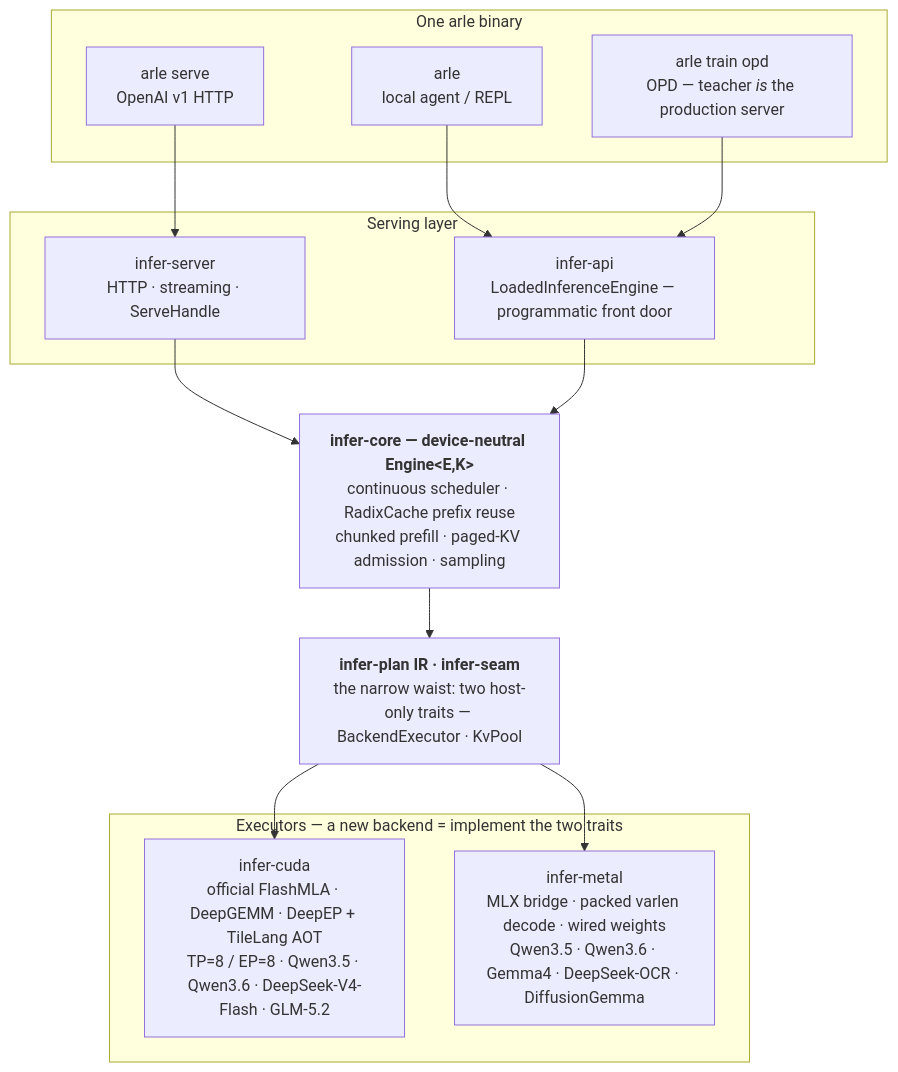
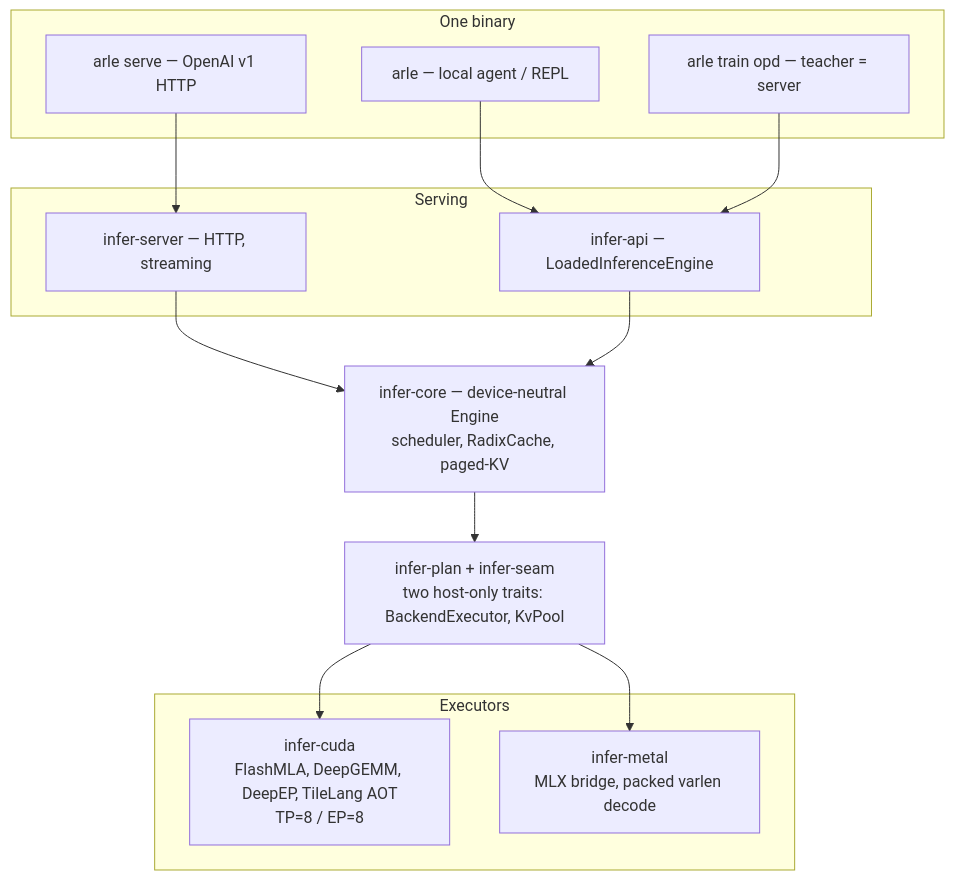
Before and after one commit to acupof-ai/arle: the diagram in README.md, drawn with Mermaid. The commit also changed other lines of this file, not shown here.

````diff
--- a/README.md
+++ b/README.md
@@ -131,31 +147,30 @@
 ```mermaid
 flowchart TB
-  subgraph Surfaces["One arle binary"]
-    Serve["arle serve<br/>OpenAI v1 HTTP"]
-    Agent["arle<br/>local agent / REPL"]
-    Train["arle train opd<br/>OPD — teacher <i>is</i> the production server"]
+  subgraph One binary
+    Serve["arle serve — OpenAI v1 HTTP"]
+    Agent["arle — local agent / REPL"]
+    Train["arle train opd — teacher = server"]
   end
 
-  subgraph Serving["Serving layer"]
-    Server["infer-server<br/>HTTP · streaming · ServeHandle"]
-    API["infer-api<br/>LoadedInferenceEngine — programmatic front door"]
+  subgraph Serving
+    Server["infer-server — HTTP, streaming"]
+    API["infer-api — LoadedInferenceEngine"]
   end
 
-  Core["<b>infer-core — device-neutral Engine&lt;E,K&gt;</b><br/>continuous scheduler · RadixCache prefix reuse<br/>chunked prefill · paged-KV admission · sampling"]
+  Core["infer-core — device-neutral Engine<br/>scheduler, RadixCache, paged-KV"]
+  Seam["infer-plan + infer-seam<br/>two host-only traits: BackendExecutor, KvPool"]
 
-  Seam["<b>infer-plan IR · infer-seam</b><br/>the narrow waist: two host-only traits — BackendExecutor · KvPool"]
-
-  subgraph Exec["Executors — a new backend = implement the two traits"]
-    CUDA["infer-cuda<br/>official FlashMLA · DeepGEMM · DeepEP + TileLang AOT<br/>TP=8 / EP=8 · Qwen3.5 · Qwen3.6 · DeepSeek-V4-Flash · GLM-5.2"]
-    Metal["infer-metal<br/>MLX bridge · packed varlen decode · wired weights<br/>Qwen3.5 · Qwen3.6 · Gemma4 · DeepSeek-OCR · DiffusionGemma"]
+  subgraph Executors
+    CUDA["infer-cuda<br/>FlashMLA, DeepGEMM, DeepEP, TileLang AOT<br/>TP=8 / EP=8"]
+    Metal["infer-metal<br/>MLX bridge, packed varlen decode"]
   end
 
   Serve --> Server
   Agent --> API
   Train --> API
   Server --> Core
   API --> Core
   Core --> Seam
   Seam --> CUDA
   Seam --> Metal
 ```
````
